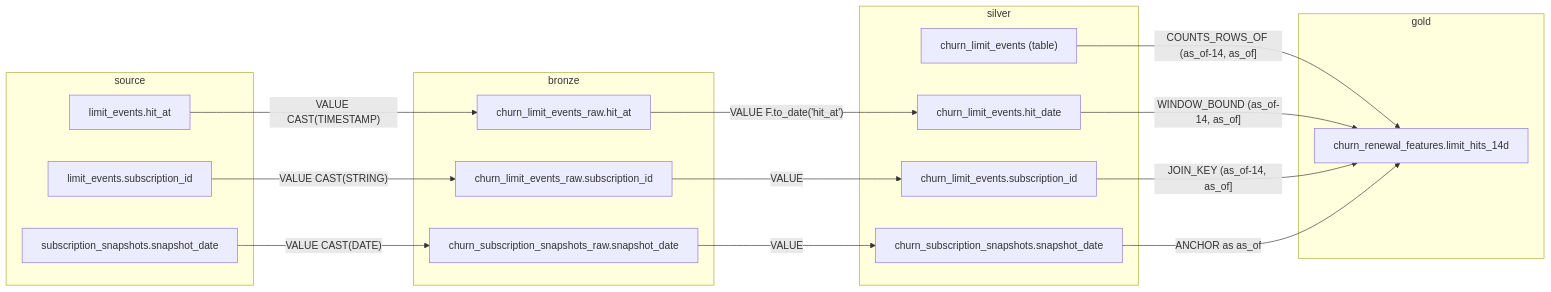
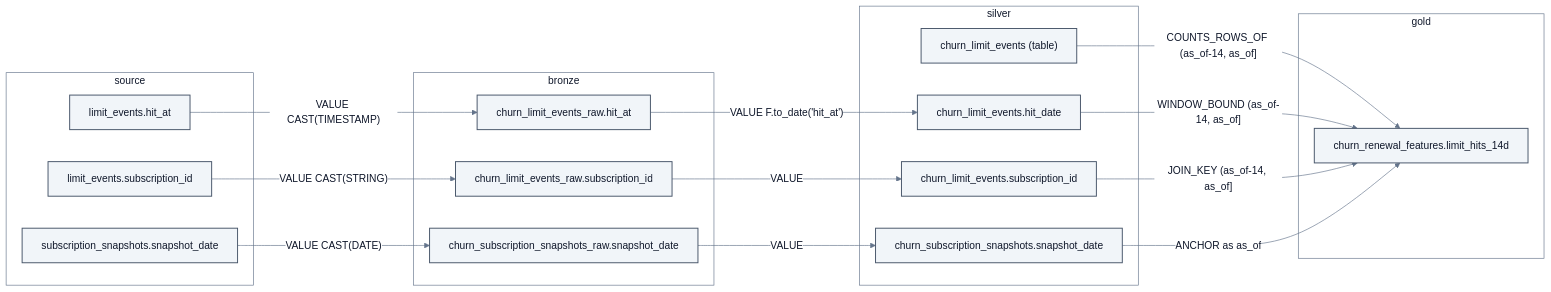
Before and after one commit to santoshshinde2012/local-data-lakehouse: the diagram in docs/graph/lineage.md, drawn with Mermaid. The commit also changed 41 other files, not shown here.

First line of the commit message:
docs: RESULTS.md and Mermaid diagrams on one palette (follow-up to #13) (#14)

````diff
--- a/docs/graph/lineage.md
+++ b/docs/graph/lineage.md
@@ -45,32 +45,42 @@
 ```mermaid
+%%{init: {"theme": "base", "flowchart": {"wrappingWidth": 360}, "themeVariables": {"primaryColor": "#CCFBF1", "primaryTextColor": "#0F172A", "primaryBorderColor": "#0F766E", "lineColor": "#64748B", "textColor": "#0F172A", "edgeLabelBackground": "#FFFFFF", "clusterBkg": "#FFFFFF", "clusterBorder": "#64748B", "titleColor": "#0F172A", "attributeBackgroundColorOdd": "#FFFFFF", "attributeBackgroundColorEven": "#F0FDFA", "relationColor": "#64748B", "relationLabelBackground": "#FFFFFF", "relationLabelColor": "#0F172A"}}}%%
 flowchart LR
   subgraph source["source"]
     n8["limit_events.hit_at"]
     n9["limit_events.subscription_id"]
     n10["subscription_snapshots.snapshot_date"]
   end
   subgraph bronze["bronze"]
     n0["churn_limit_events_raw.hit_at"]
     n1["churn_limit_events_raw.subscription_id"]
     n2["churn_subscription_snapshots_raw.snapshot_date"]
   end
   subgraph silver["silver"]
     n4["churn_limit_events (table)"]
     n5["churn_limit_events.hit_date"]
     n6["churn_limit_events.subscription_id"]
     n7["churn_subscription_snapshots.snapshot_date"]
   end
   subgraph gold["gold"]
     n3["churn_renewal_features.limit_hits_14d"]
   end
   n4 -->|"COUNTS_ROWS_OF (as_of-14, as_of]"| n3
   n5 -->|"WINDOW_BOUND (as_of-14, as_of]"| n3
   n6 -->|"JOIN_KEY (as_of-14, as_of]"| n3
   n7 -->|"ANCHOR as as_of"| n3
   n0 -->|"VALUE F.to_date('hit_at')"| n5
   n1 -->|"VALUE"| n6
   n2 -->|"VALUE"| n7
   n8 -->|"VALUE CAST(TIMESTAMP)"| n0
   n9 -->|"VALUE CAST(STRING)"| n1
   n10 -->|"VALUE CAST(DATE)"| n2
+
+  classDef storage fill:#DBEAFE,stroke:#1D4ED8,color:#0F172A,stroke-width:1.5px
+  classDef catalog fill:#FEF3C7,stroke:#B45309,color:#0F172A,stroke-width:1.5px
+  classDef compute fill:#ECFCCB,stroke:#4D7C0F,color:#0F172A,stroke-width:1.5px
+  classDef orchestration fill:#FCE7F3,stroke:#BE185D,color:#0F172A,stroke-width:1.5px
+  classDef graphlayer fill:#CCFBF1,stroke:#0F766E,color:#0F172A,stroke-width:1.5px
+  classDef consumer fill:#FFEDD5,stroke:#C2410C,color:#0F172A,stroke-width:1.5px
+  classDef data fill:#F1F5F9,stroke:#475569,color:#0F172A,stroke-width:1.5px
+  class n0,n1,n2,n3,n4,n5,n6,n7,n8,n9,n10 data
 ```
````
